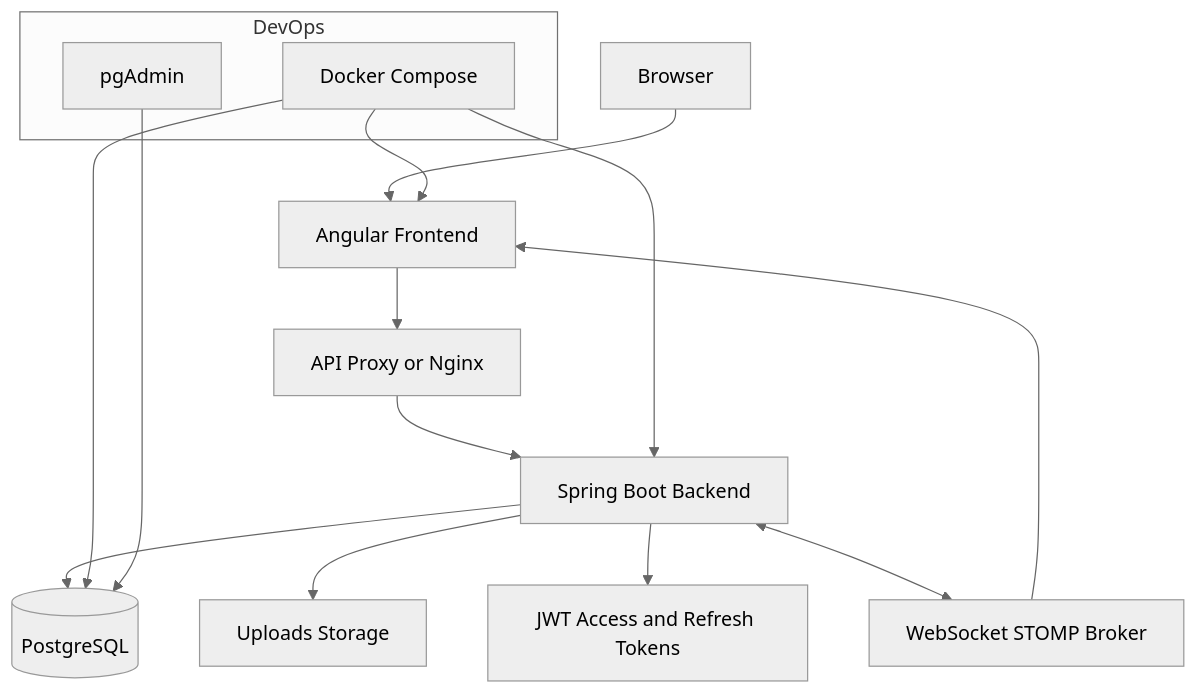
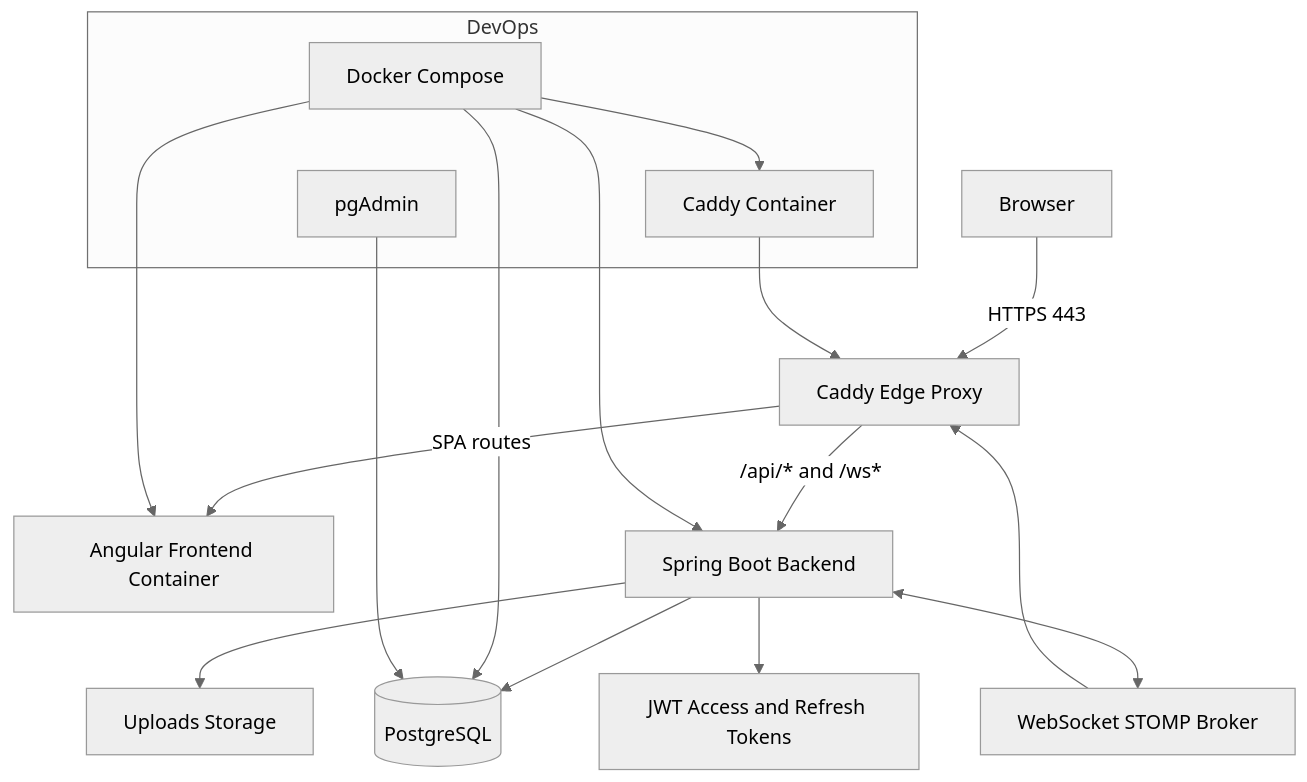
Before and after one commit to skawuma/A3-FSM-Deployment: the first of 4 diagrams in docs/SYSTEM_DESIGN.md, drawn with Mermaid (neutral theme). The commit also changed 4 other files, not shown here.

Commit message:
docs: document Caddy edge proxy architecture

````diff
--- a/docs/SYSTEM_DESIGN.md
+++ b/docs/SYSTEM_DESIGN.md
@@ -27,22 +27,25 @@
 ```mermaid
 flowchart TB
-    U[Browser] --> F[Angular Frontend]
-    F --> P[API Proxy or Nginx]
-    P --> B[Spring Boot Backend]
+    U[Browser] -->|HTTPS 443| C[Caddy Edge Proxy]
+    C -->|SPA routes| F[Angular Frontend Container]
+    C -->|/api/* and /ws*| B[Spring Boot Backend]
     B --> DB[(PostgreSQL)]
     B --> FS[Uploads Storage]
     B --> JWT[JWT Access and Refresh Tokens]
 
     B <--> WS[WebSocket STOMP Broker]
-    WS --> F
+    WS --> C
 
     subgraph DevOps
         DC[Docker Compose]
+        EDGE[Caddy Container]
         PGA[pgAdmin]
     end
 
+    DC --> EDGE
     DC --> F
     DC --> B
     DC --> DB
+    EDGE --> C
     PGA --> DB
 ```
````
